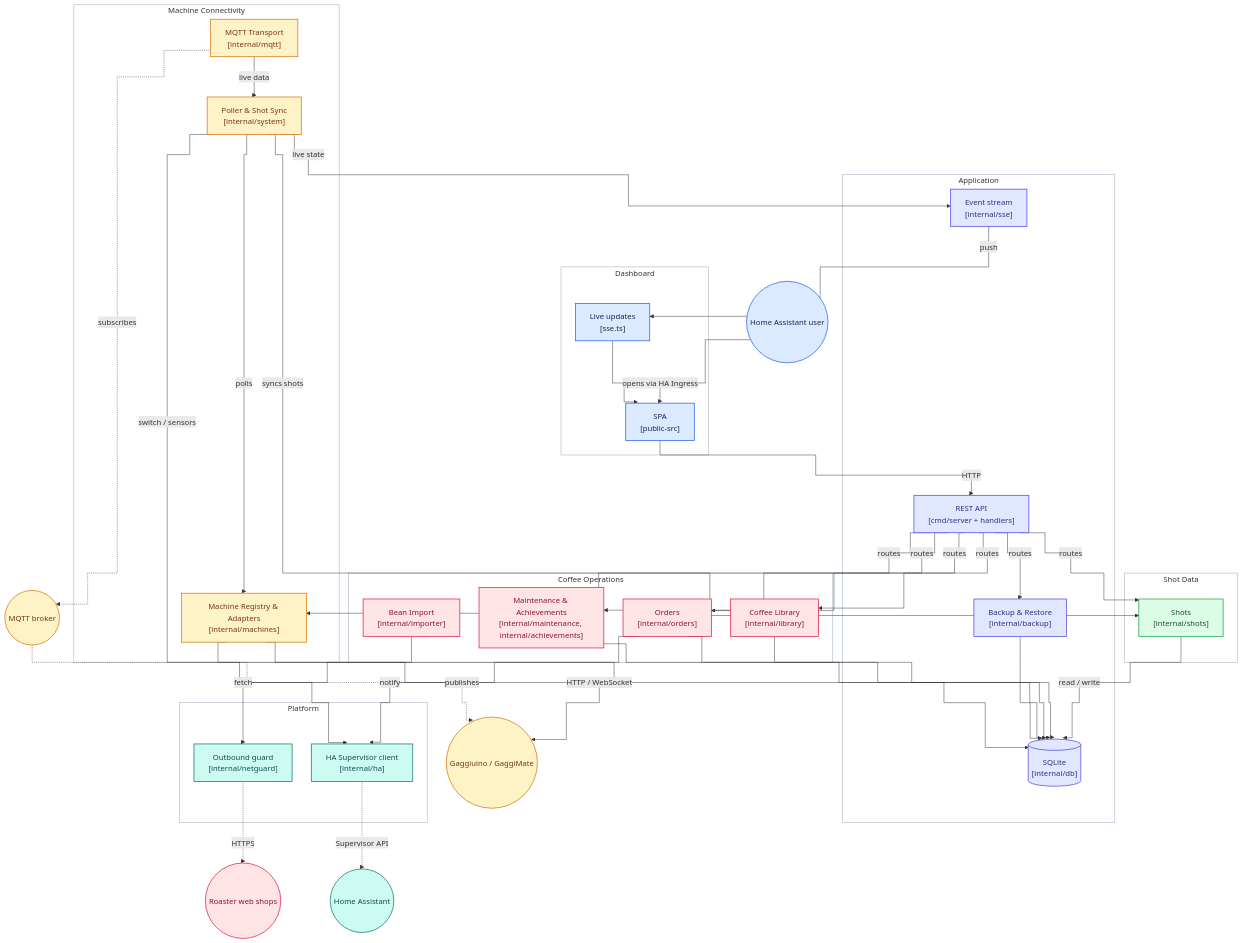
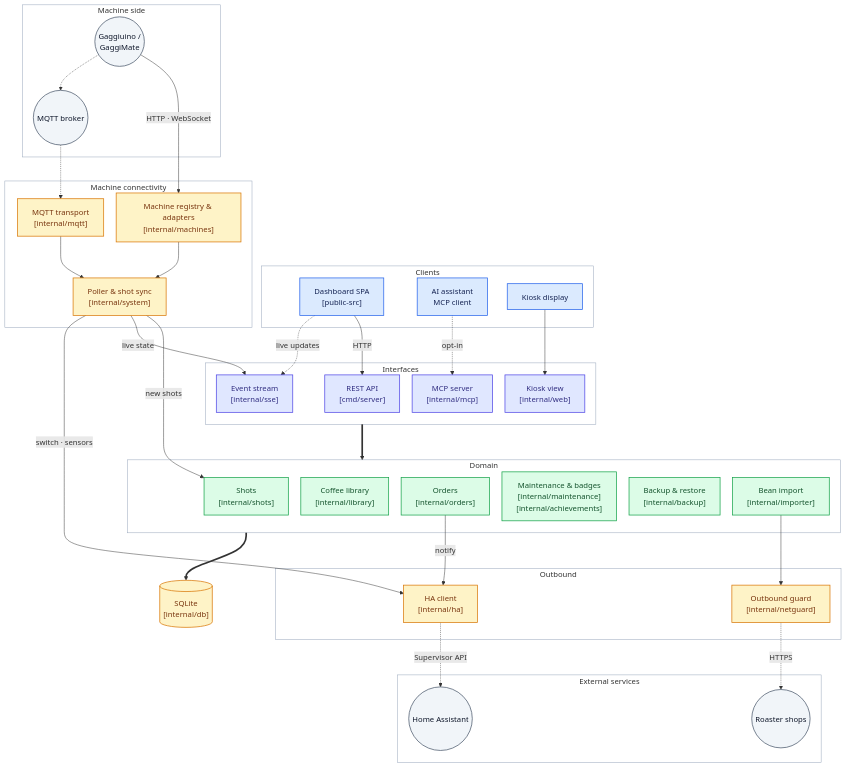
One commit to mxkissnr/gaggiuino-local-profiler changed the second of 2 diagrams in README.md. Above: the diagram before and after it, drawn with Mermaid. The commit also changed other lines of this file and 2 other files, not shown here.

Commit message:
docs(readme): tidy architecture diagrams, add MCP endpoint
Replace the two Architecture mermaid diagrams in README.md with the redesigned ecosystem and app-internals layouts, and mention the opt-in /api/mcp endpoint below the ASCII diagram in DOCS.md and DOCS.de.md.

Part of #1210

````diff
--- a/README.md
+++ b/README.md
@@ -273,92 +283,88 @@
 ```mermaid
-%%{init: {"flowchart": {"curve": "step", "nodeSpacing": 40, "rankSpacing": 60}}}%%
+%%{init: {"flowchart": {"curve": "basis", "nodeSpacing": 26, "rankSpacing": 50}}}%%
 flowchart TB
-  USER(("Home Assistant user"))
-  MACHINE(("Gaggiuino / GaggiMate"))
-  HASVC(("Home Assistant"))
-  ROAST(("Roaster web shops"))
-  BROKER(("MQTT broker"))
-
-  subgraph DASH["Dashboard"]
-    SPA["SPA<br/>[public-src]"]
-    LIVE["Live updates<br/>[sse.ts]"]
+  subgraph DEVICES["Machine side"]
+    MACHINE(("Gaggiuino /<br/>GaggiMate"))
+    BROKER(("MQTT broker"))
   end
 
-  subgraph APP["Application"]
-    API["REST API<br/>[cmd/server + handlers]"]
-    SSE["Event stream<br/>[internal/sse]"]
-    BACKUP["Backup & Restore<br/>[internal/backup]"]
-    DB[("SQLite<br/>[internal/db]")]
+  subgraph CLIENTS["Clients"]
+    SPA["Dashboard SPA<br/>[public-src]"]
+    AIC["AI assistant<br/>MCP client"]
+    KIOSK["Kiosk display"]
   end
 
-  subgraph CONN["Machine Connectivity"]
-    POLL["Poller & Shot Sync<br/>[internal/system]"]
-    MACH["Machine Registry & Adapters<br/>[internal/machines]"]
-    MQTT["MQTT Transport<br/>[internal/mqtt]"]
+  subgraph CONN["Machine connectivity"]
+    MACH["Machine registry &amp; adapters<br/>[internal/machines]"]
+    MQTT["MQTT transport<br/>[internal/mqtt]"]
+    POLL["Poller &amp; shot sync<br/>[internal/system]"]
   end
 
-  subgraph SHOTDATA["Shot Data"]
-    SHOTS["Shots<br/>[internal/shots]"]
+  subgraph IFACE["Interfaces"]
+    API["REST API<br/>[cmd/server]"]
+    MCP["MCP server<br/>[internal/mcp]"]
+    WEB["Kiosk view<br/>[internal/web]"]
+    SSE["Event stream<br/>[internal/sse]"]
   end
 
-  subgraph COFFEE["Coffee Operations"]
-    LIB["Coffee Library<br/>[internal/library]"]
-    IMP["Bean Import<br/>[internal/importer]"]
+  subgraph DOMAIN["Domain"]
+    SHOTS["Shots<br/>[internal/shots]"]
+    LIB["Coffee library<br/>[internal/library]"]
     ORD["Orders<br/>[internal/orders]"]
-    MAINT["Maintenance & Achievements<br/>[internal/maintenance, internal/achievements]"]
+    MAINT["Maintenance &amp; badges<br/>[internal/maintenance]<br/>[internal/achievements]"]
+    BACKUP["Backup &amp; restore<br/>[internal/backup]"]
+    IMP["Bean import<br/>[internal/importer]"]
   end
 
-  subgraph PLATFORM["Platform"]
-    HA["HA Supervisor client<br/>[internal/ha]"]
+  DB[("SQLite<br/>[internal/db]")]
+
+  subgraph OUT["Outbound"]
+    HAC["HA client<br/>[internal/ha]"]
     NET["Outbound guard<br/>[internal/netguard]"]
   end
 
-  USER -->|"opens via HA Ingress"| SPA
+  subgraph SERVICES["External services"]
+    HASVC(("Home Assistant"))
+    ROAST(("Roaster shops"))
+  end
+
+  MACHINE -->|"HTTP · WebSocket"| MACH
+  MACHINE -.-> BROKER
+  BROKER -.-> MQTT
+  MACH --> POLL
+  MQTT --> POLL
+
   SPA -->|"HTTP"| API
-  SSE -->|"push"| LIVE
-  LIVE --> SPA
-  API -->|"routes"| SHOTS
-  API -->|"routes"| LIB
-  API -->|"routes"| ORD
-  API -->|"routes"| MAINT
-  API -->|"routes"| BACKUP
-  API -->|"routes"| MACH
-  POLL -->|"polls"| MACH
-  MACH -->|"HTTP / WebSocket"| MACHINE
-  MQTT -.->|"subscribes"| BROKER
-  BROKER -.->|"publishes"| MACHINE
-  POLL -->|"syncs shots"| SHOTS
+  AIC -.->|"opt-in"| MCP
+  KIOSK --> WEB
+  SPA -.->|"live updates"| SSE
+
+  POLL -->|"new shots"| SHOTS
   POLL -->|"live state"| SSE
-  MQTT -->|"live data"| POLL
-  IMP -->|"fetch"| NET
+  IFACE ==> DOMAIN
+  DOMAIN ==> DB
+
+  ORD -->|"notify"| HAC
+  POLL -->|"switch · sensors"| HAC
+  IMP --> NET
+  HAC -.->|"Supervisor API"| HASVC
   NET -.->|"HTTPS"| ROAST
-  ORD -->|"notify"| HA
-  POLL -->|"switch / sensors"| HA
-  HA -.->|"Supervisor API"| HASVC
-  SHOTS -->|"read / write"| DB
-  LIB --> DB
-  ORD --> DB
-  MAINT --> DB
-  BACKUP --> DB
-  MACH --> DB
 
-  classDef toneBlue fill:#dbeafe,stroke:#2563eb,stroke-width:1.5px,color:#172554
-  classDef toneIndigo fill:#e0e7ff,stroke:#4f46e5,stroke-width:1.5px,color:#312e81
-  classDef toneAmber fill:#fef3c7,stroke:#d97706,stroke-width:1.5px,color:#78350f
-  classDef toneMint fill:#dcfce7,stroke:#16a34a,stroke-width:1.5px,color:#14532d
-  classDef toneRose fill:#ffe4e6,stroke:#e11d48,stroke-width:1.5px,color:#881337
-  classDef toneTeal fill:#ccfbf1,stroke:#0f766e,stroke-width:1.5px,color:#134e4a
-  classDef toneNeutral fill:#f8fafc,stroke:#334155,stroke-width:1.5px,color:#0f172a
-  class USER,SPA,LIVE toneBlue
-  class API,SSE,BACKUP,DB toneIndigo
-  class POLL,MACH,MQTT,MACHINE,BROKER toneAmber
-  class SHOTS toneMint
-  class LIB,IMP,ORD,MAINT,ROAST toneRose
-  class HA,NET,HASVC toneTeal
-  style DASH fill:#f8fafc10,stroke:#94a3b8
-  style APP fill:#f8fafc10,stroke:#94a3b8
+  classDef client fill:#dbeafe,stroke:#2563eb,stroke-width:1.5px,color:#172554
+  classDef iface fill:#e0e7ff,stroke:#4f46e5,stroke-width:1.5px,color:#312e81
+  classDef domain fill:#dcfce7,stroke:#16a34a,stroke-width:1.5px,color:#14532d
+  classDef infra fill:#fef3c7,stroke:#d97706,stroke-width:1.5px,color:#78350f
+  classDef ext fill:#f1f5f9,stroke:#475569,stroke-width:1.5px,color:#0f172a
+  class SPA,AIC,KIOSK client
+  class API,SSE,MCP,WEB iface
+  class SHOTS,LIB,ORD,MAINT,BACKUP,IMP domain
+  class POLL,MACH,MQTT,HAC,NET,DB infra
+  class MACHINE,BROKER,HASVC,ROAST ext
+  style DEVICES fill:#f8fafc10,stroke:#94a3b8
+  style CLIENTS fill:#f8fafc10,stroke:#94a3b8
   style CONN fill:#f8fafc10,stroke:#94a3b8
-  style SHOTDATA fill:#f8fafc10,stroke:#94a3b8
-  style COFFEE fill:#f8fafc10,stroke:#94a3b8
-  style PLATFORM fill:#f8fafc10,stroke:#94a3b8
+  style IFACE fill:#f8fafc10,stroke:#94a3b8
+  style DOMAIN fill:#f8fafc10,stroke:#94a3b8
+  style OUT fill:#f8fafc10,stroke:#94a3b8
+  style SERVICES fill:#f8fafc10,stroke:#94a3b8
 ```
````
